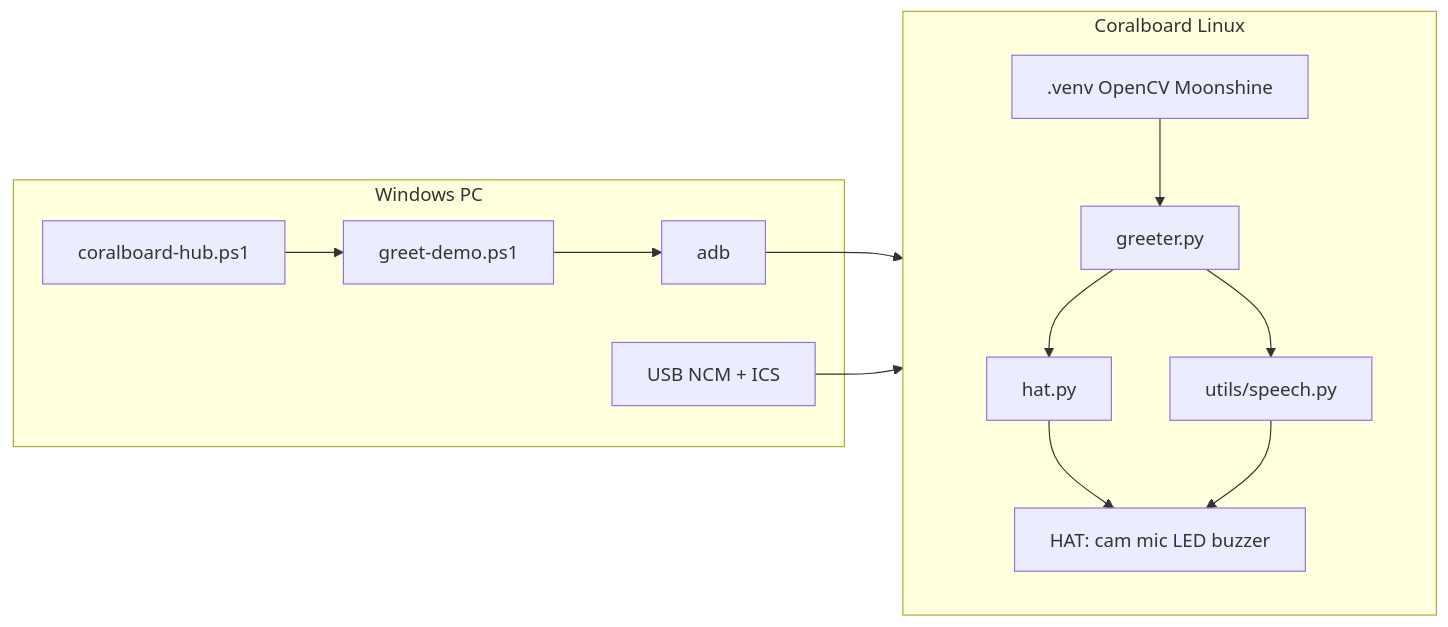
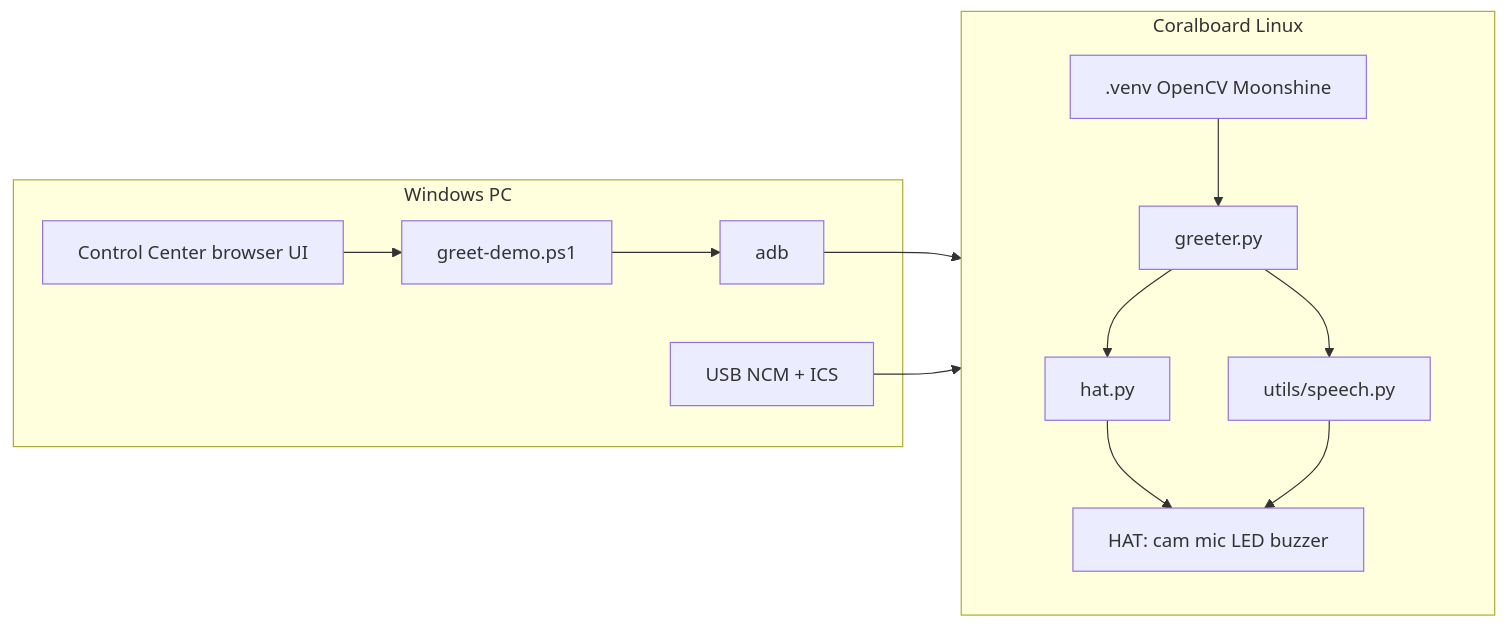
Before and after one commit to DeveloperMattC/gemy: the first of 3 diagrams in docs/lab/03-ARCHITECTURE.md, drawn with Mermaid. The commit also changed other lines of this file and 15 other files, not shown here.

````diff
--- a/docs/lab/03-ARCHITECTURE.md
+++ b/docs/lab/03-ARCHITECTURE.md
@@ -5,28 +5,28 @@
 ```mermaid
 flowchart LR
   subgraph Host["Windows PC"]
-    HUB[coralboard-hub.ps1]
+    HUB[Control Center browser UI]
     GREET[greet-demo.ps1]
     ADB[adb]
     ICS[USB NCM + ICS]
   end
 
   subgraph Board["Coralboard Linux"]
   direction TB
     GREETER[greeter.py]
     HAT[hat.py]
     SPEECH[utils/speech.py]
     VENV[.venv OpenCV Moonshine]
     HW["HAT: cam mic LED buzzer"]
   end
 
   HUB --> GREET
   GREET --> ADB
   ADB --> GREETER
   ICS --> Board
   GREETER --> HAT
   GREETER --> SPEECH
   HAT --> HW
   SPEECH --> HW
   VENV --> GREETER
 ```
````
